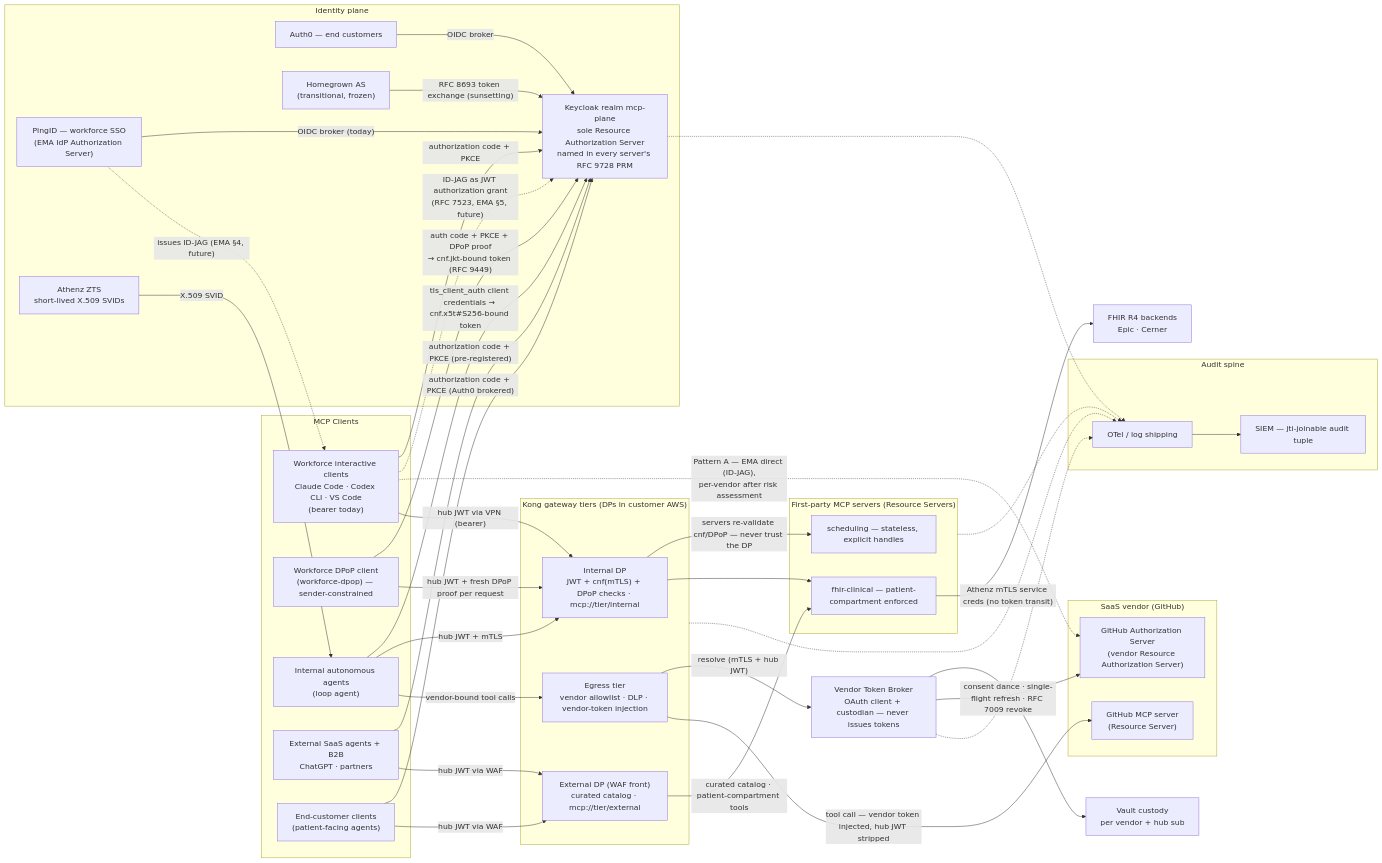
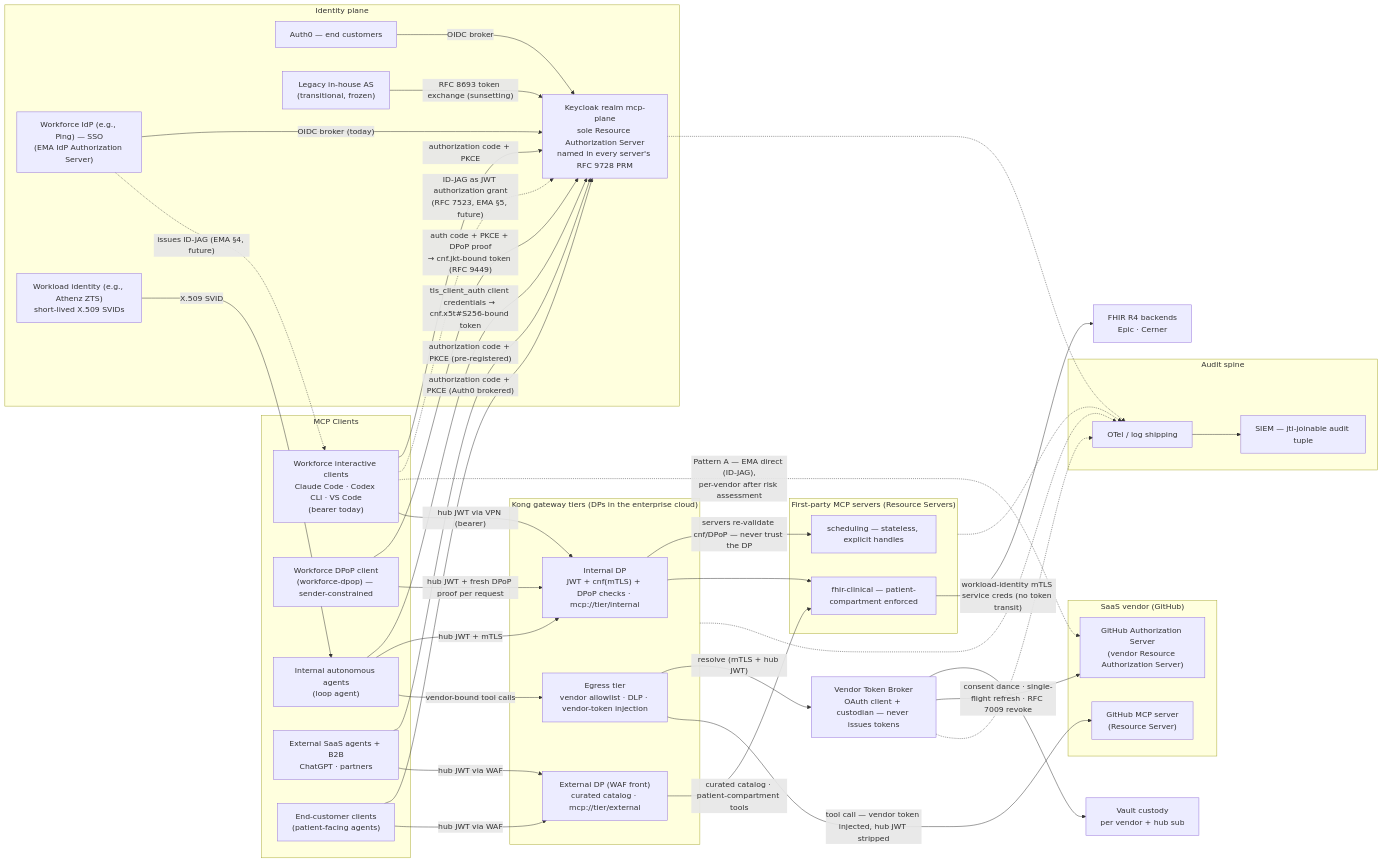
The diagram in docs/mcp-e2e-reference-architecture.md (chief-builder/mcp-healthcare-reference), drawn with Mermaid before and after one commit. The commit also changed other lines of this file and 5 other files, not shown here.

```diff
--- a/docs/mcp-e2e-reference-architecture.md
+++ b/docs/mcp-e2e-reference-architecture.md
@@ -81,14 +81,14 @@
     end
 
     subgraph IDP["Identity plane"]
-        PING["PingID — workforce SSO<br/>(EMA IdP Authorization Server)"]
+        PING["Workforce IdP (e.g., Ping) — SSO<br/>(EMA IdP Authorization Server)"]
         AUTH0["Auth0 — end customers"]
-        HG["Homegrown AS<br/>(transitional, frozen)"]
-        ATZ["Athenz ZTS<br/>short-lived X.509 SVIDs"]
+        HG["Legacy in-house AS<br/>(transitional, frozen)"]
+        ATZ["Workload identity (e.g., Athenz ZTS)<br/>short-lived X.509 SVIDs"]
         KC["Keycloak realm mcp-plane<br/>sole Resource Authorization Server<br/>named in every server's RFC 9728 PRM"]
     end
 
-    subgraph GW["Kong gateway tiers (DPs in customer AWS)"]
+    subgraph GW["Kong gateway tiers (DPs in the enterprise cloud)"]
         INT["Internal DP<br/>JWT + cnf(mTLS) + DPoP checks · mcp://tier/internal"]
         EXT["External DP (WAF front)<br/>curated catalog · mcp://tier/external"]
         EGR["Egress tier<br/>vendor allowlist · DLP · vendor-token injection"]
@@ -139,7 +139,7 @@
     INT -->|"servers re-validate cnf/DPoP — never trust the DP"| SCH
     INT --> FHI
     EXT -->|"curated catalog · patient-compartment tools"| FHI
-    FHI -->|"Athenz mTLS service creds (no token transit)"| EHR
+    FHI -->|"workload-identity mTLS service creds (no token transit)"| EHR
 
     %% governed egress (feed drawn from internal agents; see diagram note)
     AG -->|"vendor-bound tool calls"| EGR
```
